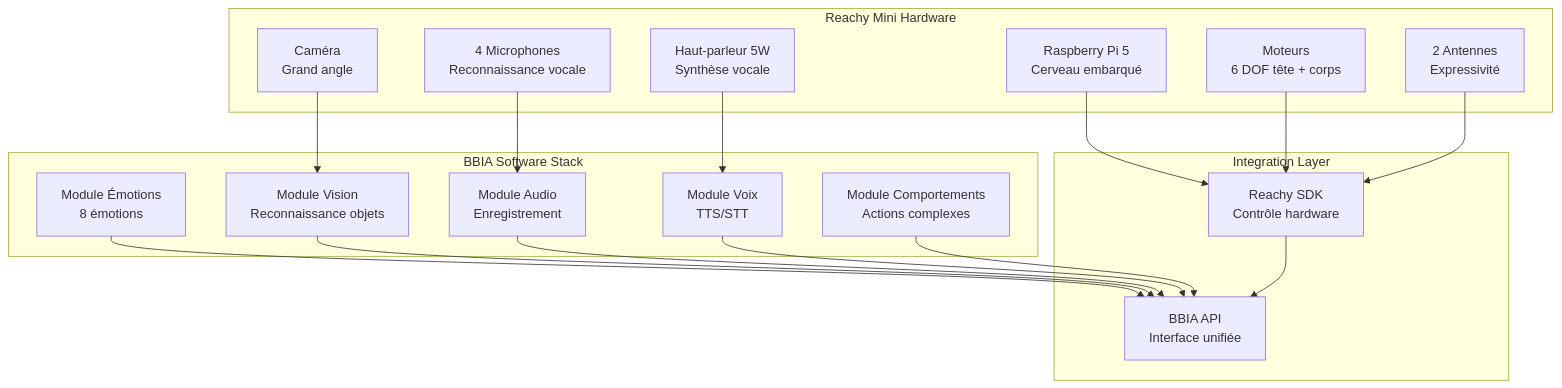
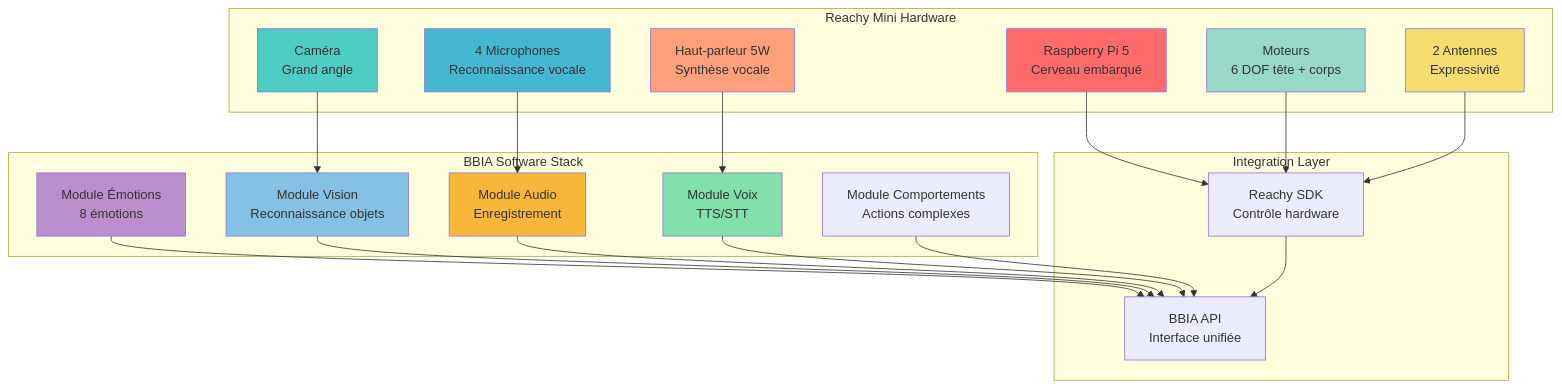
Before and after one commit to arkalia-luna-system/bbia-sim: the second of 5 diagrams in docs/guides/REACHY_MINI_WIRELESS_COMPLETE_GUIDE.md, drawn with Mermaid. The commit also changed other lines of this file and 27 other files, not shown here.

First line of the commit message:
fix: correction liens brisés + amélioration schémas Mermaid

````diff
--- a/docs/guides/REACHY_MINI_WIRELESS_COMPLETE_GUIDE.md
+++ b/docs/guides/REACHY_MINI_WIRELESS_COMPLETE_GUIDE.md
@@ -173,39 +173,50 @@
 ```mermaid
 graph TB
     subgraph "Reachy Mini Hardware"
         RASPBERRY[Raspberry Pi 5<br/>Cerveau embarqué]
         CAMERA[Caméra<br/>Grand angle]
         MICROPHONES[4 Microphones<br/>Reconnaissance vocale]
         SPEAKER[Haut-parleur 5W<br/>Synthèse vocale]
         MOTORS[Moteurs<br/>6 DOF tête + corps]
         ANTENNAS[2 Antennes<br/>Expressivité]
     end
 
     subgraph "BBIA Software Stack"
         EMOTIONS[Module Émotions<br/>8 émotions]
         VISION[Module Vision<br/>Reconnaissance objets]
         AUDIO[Module Audio<br/>Enregistrement]
         VOICE[Module Voix<br/>TTS/STT]
+    
+    style RASPBERRY fill:#FF6B6B
+    style CAMERA fill:#4ECDC4
+    style MICROPHONES fill:#45B7D1
+    style SPEAKER fill:#FFA07A
+    style MOTORS fill:#98D8C8
+    style ANTENNAS fill:#F7DC6F
+    style EMOTIONS fill:#BB8FCE
+    style VISION fill:#85C1E2
+    style AUDIO fill:#F8B739
+    style VOICE fill:#82E0AA
         BEHAVIOR[Module Comportements<br/>Actions complexes]
     end
 
     subgraph "Integration Layer"
         SDK[Reachy SDK<br/>Contrôle hardware]
         API[BBIA API<br/>Interface unifiée]
     end
 
     RASPBERRY --> SDK
     CAMERA --> VISION
     MICROPHONES --> AUDIO
     SPEAKER --> VOICE
     MOTORS --> SDK
     ANTENNAS --> SDK
 
     EMOTIONS --> API
     VISION --> API
     AUDIO --> API
     VOICE --> API
     BEHAVIOR --> API
 
     SDK --> API
 ```
````
